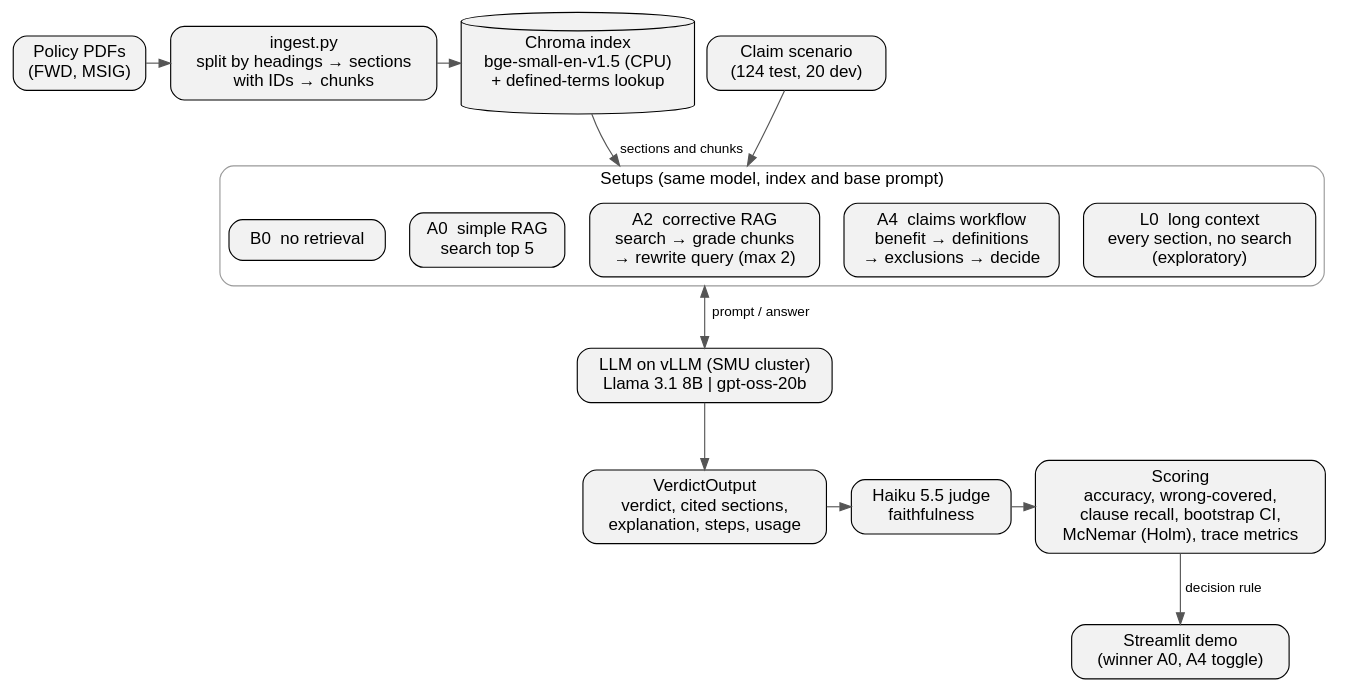
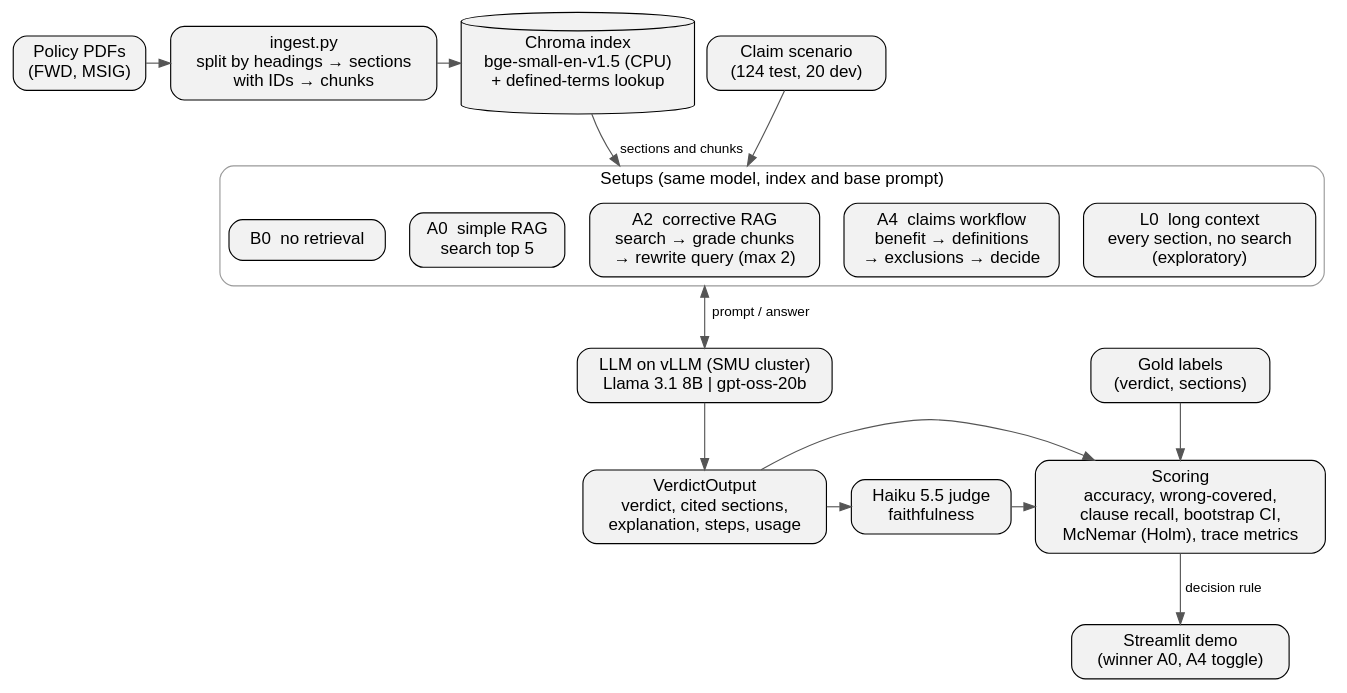
One commit to yezhan58-oss/insurance_policy_checker-rag changed the diagram in docs/figures/architecture_16x9.dot. Above: the diagram before and after it, drawn with Graphviz. The commit also changed 6 other files, not shown here.

Commit message:
related work: L0 fits Li et al. only, lost-in-middle untestable; diagram: gold labels box, direct VerdictOutput→Scoring in 16:9

```diff
--- a/docs/figures/architecture_16x9.dot
+++ b/docs/figures/architecture_16x9.dot
@@ -1,38 +1,41 @@
 // Render: dot -Tpng -Gdpi=200 architecture.dot -o architecture.png
 digraph G {
   rankdir=TB; nodesep=0.15; ranksep=0.7; compound=true;
   node [shape=box, style="rounded,filled", fillcolor="#f2f2f2", fontname="Helvetica", fontsize=15, margin="0.15,0.1"];
   edge [fontname="Helvetica", fontsize=12, color="#555555"];
 
   pdf   [label="Policy PDFs\n(FWD, MSIG)"];
   ingest[label="ingest.py\nsplit by headings → sections\nwith IDs → chunks"];
   index [label="Chroma index\nbge-small-en-v1.5 (CPU)\n+ defined-terms lookup", shape=cylinder];
   scen  [label="Claim scenario\n(124 test, 20 dev)"];
 
 
   subgraph cluster_setups {
     label="Setups (same model, index and base prompt)"; fontname="Helvetica"; fontsize=15; style="rounded"; color="#999999";
     B0 [label="B0  no retrieval"];
     A0 [label="A0  simple RAG
 search top 5"];
     A2 [label="A2  corrective RAG\nsearch → grade chunks\n→ rewrite query (max 2)"];
     A4 [label="A4  claims workflow\nbenefit → definitions\n→ exclusions → decide"];
     L0 [label="L0  long context\nevery section, no search\n(exploratory)"];
     { rank=same; B0 -> A0 -> A2 -> A4 -> L0 [style=invis]; }
   }
 
   llm   [label="LLM on vLLM (SMU cluster)\nLlama 3.1 8B | gpt-oss-20b"];
   out   [label="VerdictOutput\nverdict, cited sections,\nexplanation, steps, usage"];
   score [label="Scoring\naccuracy, wrong-covered, \nclause recall, bootstrap CI,\nMcNemar (Holm), trace metrics"];
+  gold  [label="Gold labels
+(verdict, sections)"];
   judge [label="Haiku 5.5 judge\nfaithfulness"];
   demo  [label="Streamlit demo\n(winner A0, A4 toggle)"];
 
   { rank=same; pdf -> ingest -> index; scen; }
   { rank=same; out; judge; score; }
   index -> A2 [lhead=cluster_setups, label="sections and chunks"];
   scen  -> A2 [lhead=cluster_setups];
   A2 -> llm [ltail=cluster_setups, dir=both, label="prompt / answer"];
   llm -> out;
-  out -> judge -> score;
+  out -> score; out -> judge -> score;
+  gold -> score;
   score -> demo [label="decision rule"];
 }
```
